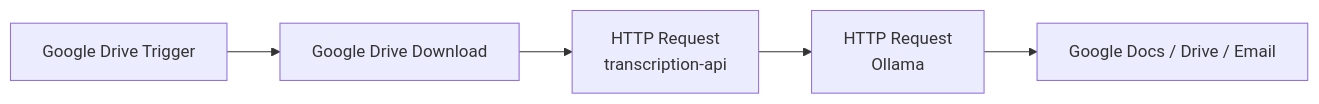
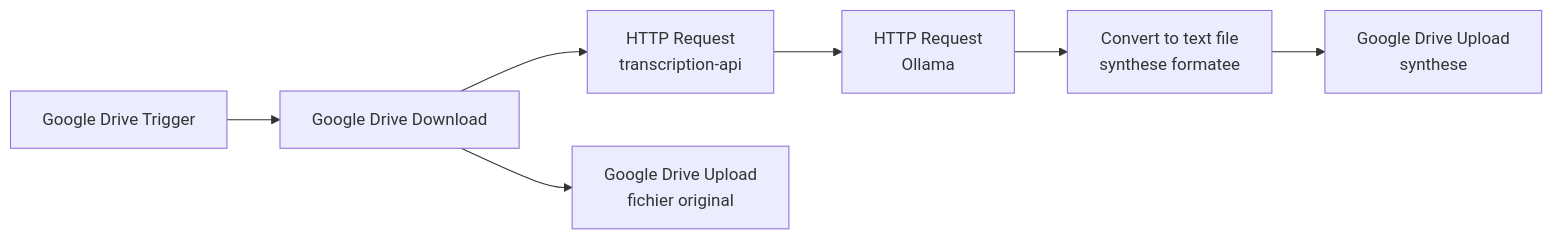
Before and after one commit to souhak00/transcription-api: the diagram in N8N_OLLAMA_WORKFLOW.md, drawn with Mermaid. The commit also changed other lines of this file and 3 other files, not shown here.

Commit message:
Update n8n workflow for original transcription and AI summary outputs

````diff
--- a/N8N_OLLAMA_WORKFLOW.md
+++ b/N8N_OLLAMA_WORKFLOW.md
@@ -58,10 +60,14 @@
 ```mermaid
 flowchart LR
     DriveTrigger["Google Drive Trigger"]
     DriveDownload["Google Drive Download"]
     Transcription["HTTP Request<br/>transcription-api"]
     Ollama["HTTP Request<br/>Ollama"]
-    Save["Google Docs / Drive / Email"]
+    UploadOriginal["Google Drive Upload<br/>fichier original"]
+    Convert["Convert to text file<br/>synthese formatee"]
+    UploadSummary["Google Drive Upload<br/>synthese"]
 
-    DriveTrigger --> DriveDownload --> Transcription --> Ollama --> Save
+    DriveTrigger --> DriveDownload
+    DriveDownload --> UploadOriginal
+    DriveDownload --> Transcription --> Ollama --> Convert --> UploadSummary
 ```
````
